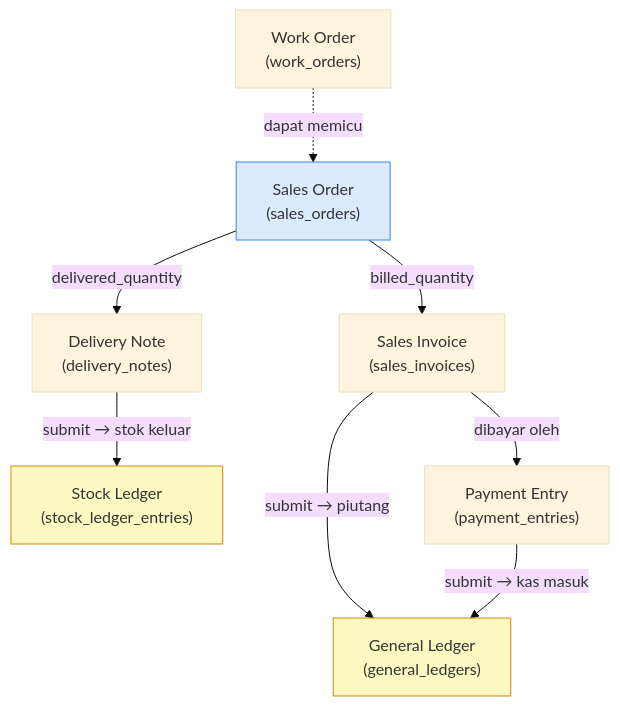
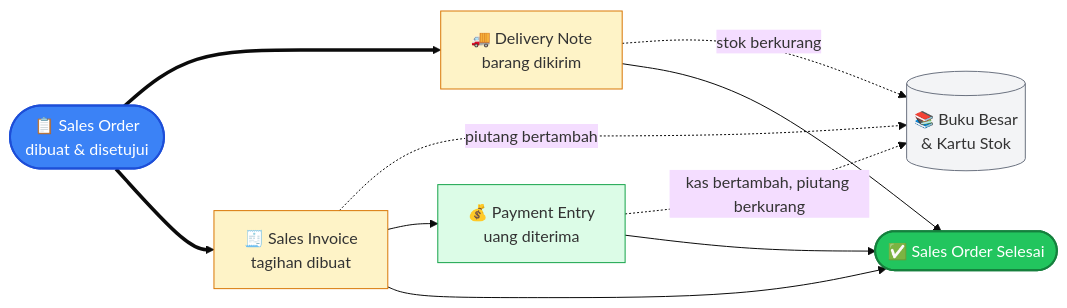
One commit to RimbunCode/erp_pataya changed the first of 6 diagrams in docs/modules/sales.md. Above: the diagram before and after it, drawn with Mermaid (base theme). The commit also changed other lines of this file and 14 other files, not shown here.

````diff
--- a/docs/modules/sales.md
+++ b/docs/modules/sales.md
@@ -50,23 +50,26 @@
 ```mermaid
-flowchart TD
-    SO["Sales Order<br/>(sales_orders)"]
-    DN["Delivery Note<br/>(delivery_notes)"]
-    SI["Sales Invoice<br/>(sales_invoices)"]
-    PE["Payment Entry<br/>(payment_entries)"]
-    GL["General Ledger<br/>(general_ledgers)"]
-    SLE["Stock Ledger<br/>(stock_ledger_entries)"]
-    WO["Work Order<br/>(work_orders)"]
+flowchart LR
+    SO(["📋 Sales Order<br/>dibuat & disetujui"])
+    DN["🚚 Delivery Note<br/>barang dikirim"]
+    SI["🧾 Sales Invoice<br/>tagihan dibuat"]
+    PE["💰 Payment Entry<br/>uang diterima"]
+    Ledger[("📚 Buku Besar<br/>& Kartu Stok")]
+    Closed(["✅ Sales Order Selesai"])
 
-    WO -.->|"dapat memicu"| SO
-    SO -->|"delivered_quantity"| DN
-    SO -->|"billed_quantity"| SI
-    DN -->|"submit → stok keluar"| SLE
-    SI -->|"submit → piutang"| GL
-    SI -->|"dibayar oleh"| PE
-    PE -->|"submit → kas masuk"| GL
+    SO ==> DN
+    SO ==> SI
+    DN -.->|"stok berkurang"| Ledger
+    SI -.->|"piutang bertambah"| Ledger
+    SI --> PE
+    PE -.->|"kas bertambah, piutang berkurang"| Ledger
+    DN --> Closed
+    SI --> Closed
+    PE --> Closed
 
-    classDef src fill:#dbeafe,stroke:#3b82f6;
-    classDef led fill:#fef9c3,stroke:#ca8a04;
-    class SO src;
-    class GL,SLE led;
+    style SO fill:#3b82f6,stroke:#1d4ed8,color:#fff,stroke-width:2px
+    style Closed fill:#22c55e,stroke:#15803d,color:#fff,stroke-width:2px
+    style DN fill:#fef3c7,stroke:#d97706
+    style SI fill:#fef3c7,stroke:#d97706
+    style PE fill:#dcfce7,stroke:#16a34a
+    style Ledger fill:#f3f4f6,stroke:#6b7280
 ```
````
